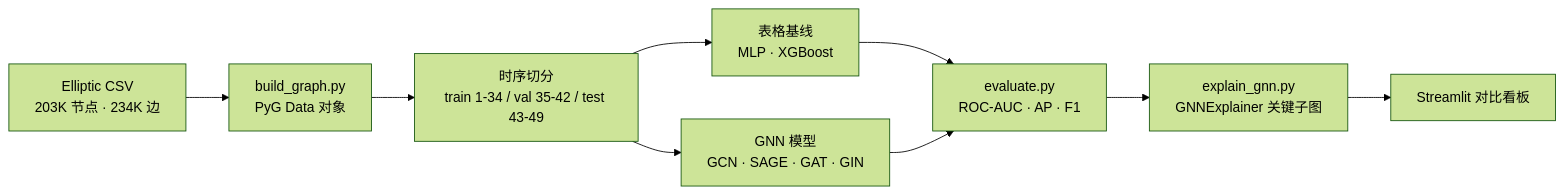
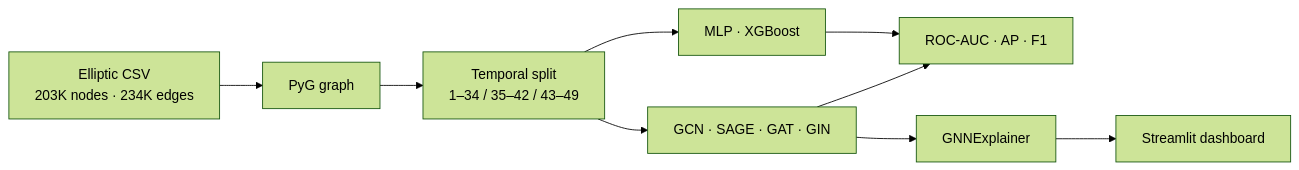
One commit to MeaFew/graphguard changed the diagram in README.md. Above: the diagram before and after it, drawn with Mermaid (forest theme). The commit also changed other lines of this file and 2 other files, not shown here.

````diff
--- a/README.md
+++ b/README.md
@@ -82,11 +63,11 @@
 ```mermaid
 flowchart LR
-    A[Elliptic CSV<br/>203K 节点 · 234K 边] --> B[build_graph.py<br/>PyG Data 对象]
-    B --> C[时序切分<br/>train 1-34 / val 35-42 / test 43-49]
-    C --> D[表格基线<br/>MLP · XGBoost]
-    C --> E[GNN 模型<br/>GCN · SAGE · GAT · GIN]
-    D --> F[evaluate.py<br/>ROC-AUC · AP · F1]
+    A[Elliptic CSV<br/>203K nodes · 234K edges] --> B[PyG graph]
+    B --> C[Temporal split<br/>1–34 / 35–42 / 43–49]
+    C --> D[MLP · XGBoost]
+    C --> E[GCN · SAGE · GAT · GIN]
+    D --> F[ROC-AUC · AP · F1]
     E --> F
-    F --> G[explain_gnn.py<br/>GNNExplainer 关键子图]
-    G --> H[Streamlit 对比看板]
+    E --> G[GNNExplainer]
+    G --> H[Streamlit dashboard]
 ```
````
